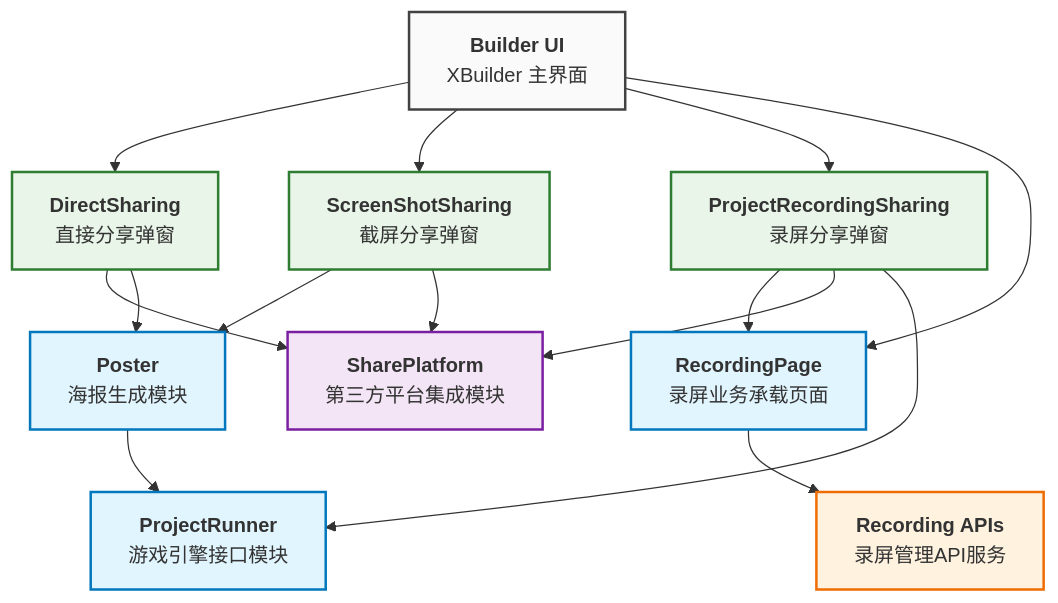
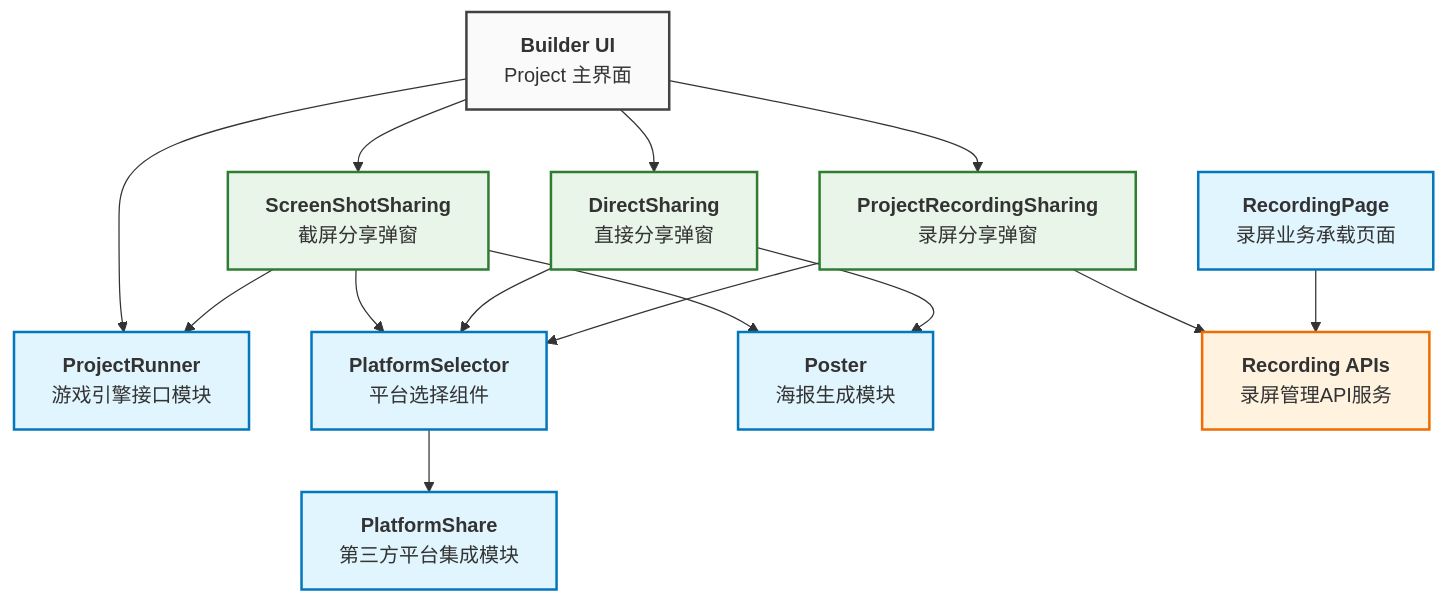
The diagram in docs/develop/share/index.md (goplus/builder), drawn with Mermaid before and after one commit. The commit also changed other lines of this file, not shown here.

Commit message:
feat: 更新架构设计文档

````diff
--- a/docs/develop/share/index.md
+++ b/docs/develop/share/index.md
@@ -32,69 +33,75 @@
 ```mermaid
 graph TB
-    %% 核心功能模块
-    SharePlatform["`**SharePlatform**
+    %% XBuilder 主界面
+    BuilderUI["`**Builder UI**
+    Project 主界面`"]
+    
+    %% 分享方式 UI 层
+    DirectSharing["`**DirectSharing**
+    直接分享弹窗`"]
+    
+    ScreenShotSharing["`**ScreenShotSharing**
+    截屏分享弹窗`"]
+
+    ProjectRunner["`**ProjectRunner**
+    游戏引擎接口模块`"]
+    
+    ProjectRecordingSharing["`**ProjectRecordingSharing**
+    录屏分享弹窗`"]
+    
+    %% 平台相关模块
+    PlatformSelector["`**PlatformSelector**
+    平台选择组件`"]
+    
+    PlatformShare["`**PlatformShare**
     第三方平台集成模块`"]
     
+    %% 核心功能模块
     Poster["`**Poster**
     海报生成模块`"]
-    
-    ProjectRunner["`**ProjectRunner**
-    游戏引擎接口模块`"]
     
     RecordingPage["`**RecordingPage**
     录屏业务承载页面`"]
     
     RecordingAPIs["`**Recording APIs**
     录屏管理API服务`"]
     
-    %% 分享方式 UI 层
-    DirectSharing["`**DirectSharing**
-    直接分享弹窗`"]
+    %% 主界面到分享弹窗
+    BuilderUI --> DirectSharing
+    BuilderUI --> ScreenShotSharing  
+    BuilderUI --> ProjectRecordingSharing
+    BuilderUI --> ProjectRunner
     
-    ScreenShotSharing["`**ScreenShotSharing**
-    截屏分享弹窗`"]
+    %% 分享弹窗到平台选择器
     
-    ProjectRecordingSharing["`**ProjectRecordingSharing**
-    录屏分享弹窗`"]
+    ScreenShotSharing --> PlatformSelector
+    DirectSharing --> PlatformSelector
+    ProjectRecordingSharing --> PlatformSelector
     
-    %% XBuilder 主界面
-    BuilderUI["`**Builder UI**
-    XBuilder 主界面`"]
+    %% 平台选择器到平台集成
+    PlatformSelector --> PlatformShare    
     
-    %% 关系连接
-    BuilderUI --> DirectSharing
-    BuilderUI --> ScreenShotSharing
-    BuilderUI --> ProjectRecordingSharing
-    BuilderUI --> RecordingPage
-    
-    %% 直接分享流程
-    DirectSharing --> SharePlatform
+    %% 截屏分享流程  
+    ScreenShotSharing --> ProjectRunner
+    ScreenShotSharing --> Poster
     DirectSharing --> Poster
     
-    %% 截屏分享流程
-    %%ScreenShotSharing --> ProjectRunner
-    ScreenShotSharing --> Poster
-    ScreenShotSharing --> SharePlatform
+    %% 录屏分享流程
+    ProjectRecordingSharing --> RecordingAPIs
     
-    %% 录屏分享流程
-    ProjectRecordingSharing --> RecordingPage
-    ProjectRecordingSharing --> SharePlatform
-    ProjectRecordingSharing --> ProjectRunner
-    
-    %% 模块间协作
+    %% 底层协作
     RecordingPage --> RecordingAPIs
-    Poster --> ProjectRunner
     
     %% 样式定义
     classDef coreModule fill:#e1f5fe,stroke:#0277bd,stroke-width:2px
-    classDef platformModule fill:#f3e5f5,stroke:#7b1fa2,stroke-width:2px
+    classDef platformModule fill:#e1f5fe,stroke:#0277bd,stroke-width:2px
     classDef uiModule fill:#e8f5e8,stroke:#2e7d32,stroke-width:2px
     classDef apiModule fill:#fff3e0,stroke:#ef6c00,stroke-width:2px
     classDef builderModule fill:#fafafa,stroke:#424242,stroke-width:2px
     
     class Poster,ProjectRunner,RecordingPage coreModule
-    class SharePlatform platformModule
+    class PlatformSelector,PlatformShare platformModule
     class DirectSharing,ScreenShotSharing,ProjectRecordingSharing uiModule
     class RecordingAPIs apiModule
     class BuilderUI builderModule
 ```
````
